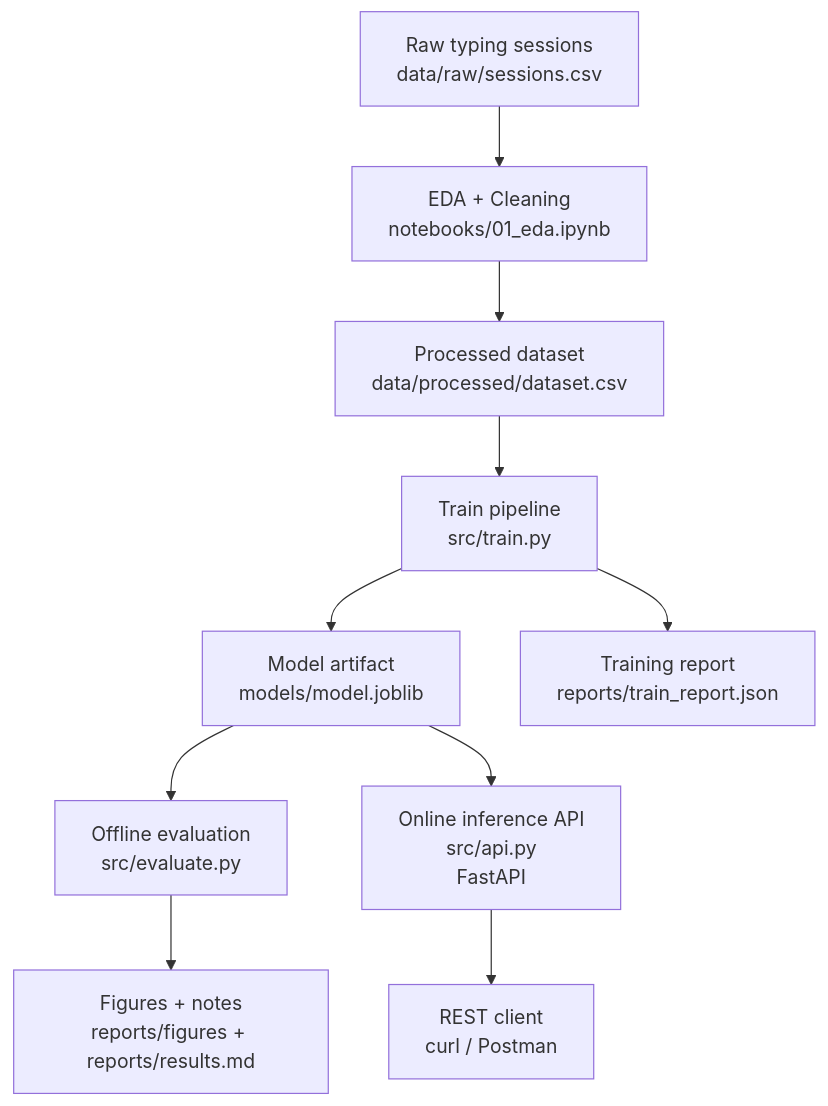
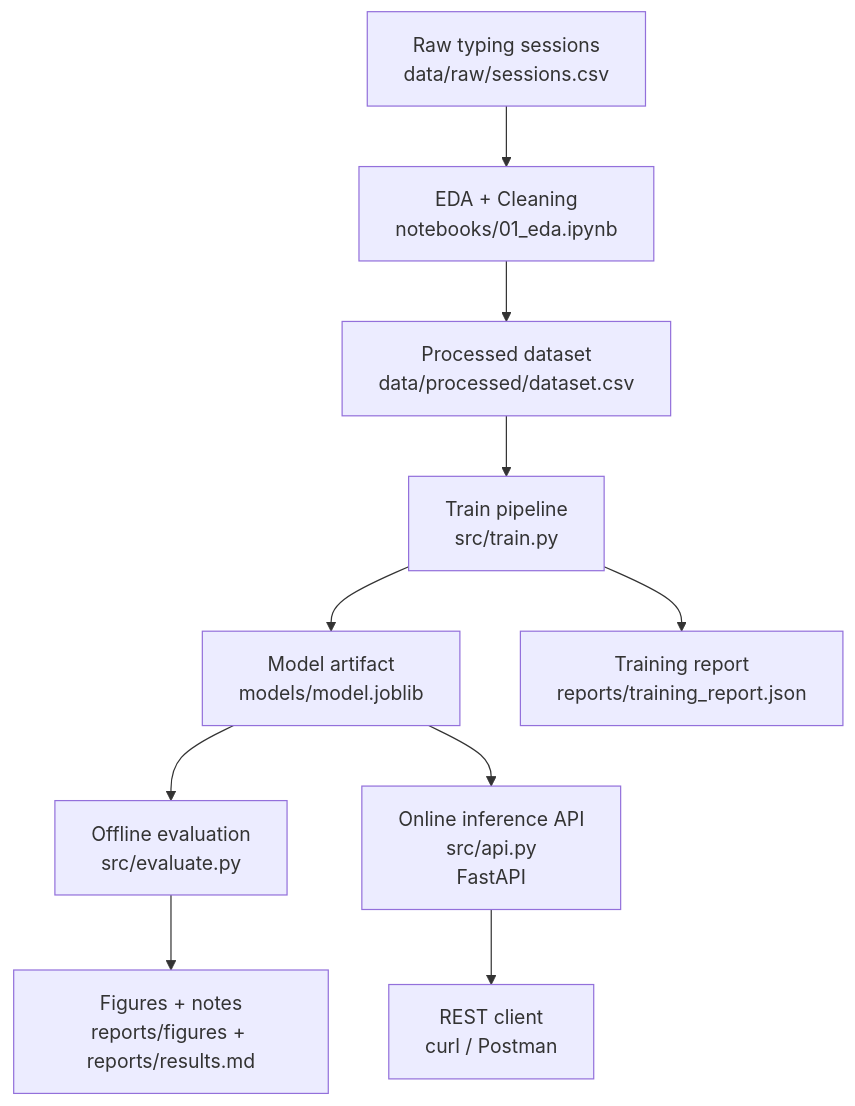
Before and after one commit to lamboktulus1379/typing-ml: the first of 2 diagrams in README.md, drawn with Mermaid. The commit also changed other lines of this file and 10 other files, not shown here.

````diff
--- a/README.md
+++ b/README.md
@@ -14,12 +14,12 @@
 ```mermaid
 flowchart TD
   A[Raw typing sessions<br/>data/raw/sessions.csv] --> B[EDA + Cleaning<br/>notebooks/01_eda.ipynb]
   B --> C[Processed dataset<br/>data/processed/dataset.csv]
   C --> D[Train pipeline<br/>src/train.py]
   D --> E[Model artifact<br/>models/model.joblib]
-  D --> F[Training report<br/>reports/train_report.json]
+  D --> F[Training report<br/>reports/training_report.json]
   E --> G[Offline evaluation<br/>src/evaluate.py]
   G --> H[Figures + notes<br/>reports/figures + reports/results.md]
   E --> I[Online inference API<br/>src/api.py<br/>FastAPI]
   I --> J[REST client<br/>curl / Postman]
 ```
````
